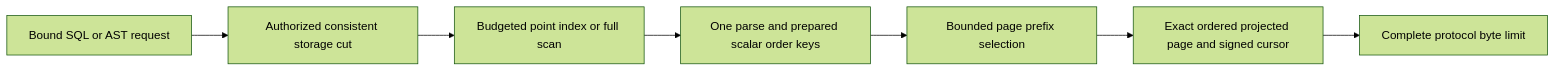
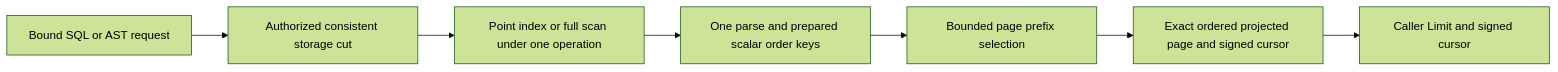
Before and after one commit to managedcode/KeyLoad: the first of 3 diagrams in docs/Features/QueryExecution.md, drawn with Mermaid (forest theme). The commit also changed other lines of this file and 673 other files, not shown here.

````diff
--- a/docs/Features/QueryExecution.md
+++ b/docs/Features/QueryExecution.md
@@ -7,9 +7,9 @@
 ```mermaid
 flowchart LR
     Request[Bound SQL or AST request] --> Cut[Authorized consistent storage cut]
-    Cut --> Source[Budgeted point index or full scan]
+    Cut --> Source[Point index or full scan under one operation]
     Source --> Prepared[One parse and prepared scalar order keys]
     Prepared --> Selection[Bounded page prefix selection]
     Selection --> Page[Exact ordered projected page and signed cursor]
-    Page --> Limit[Complete protocol byte limit]
+    Page --> Limit[Caller Limit and signed cursor]
 ```
````
